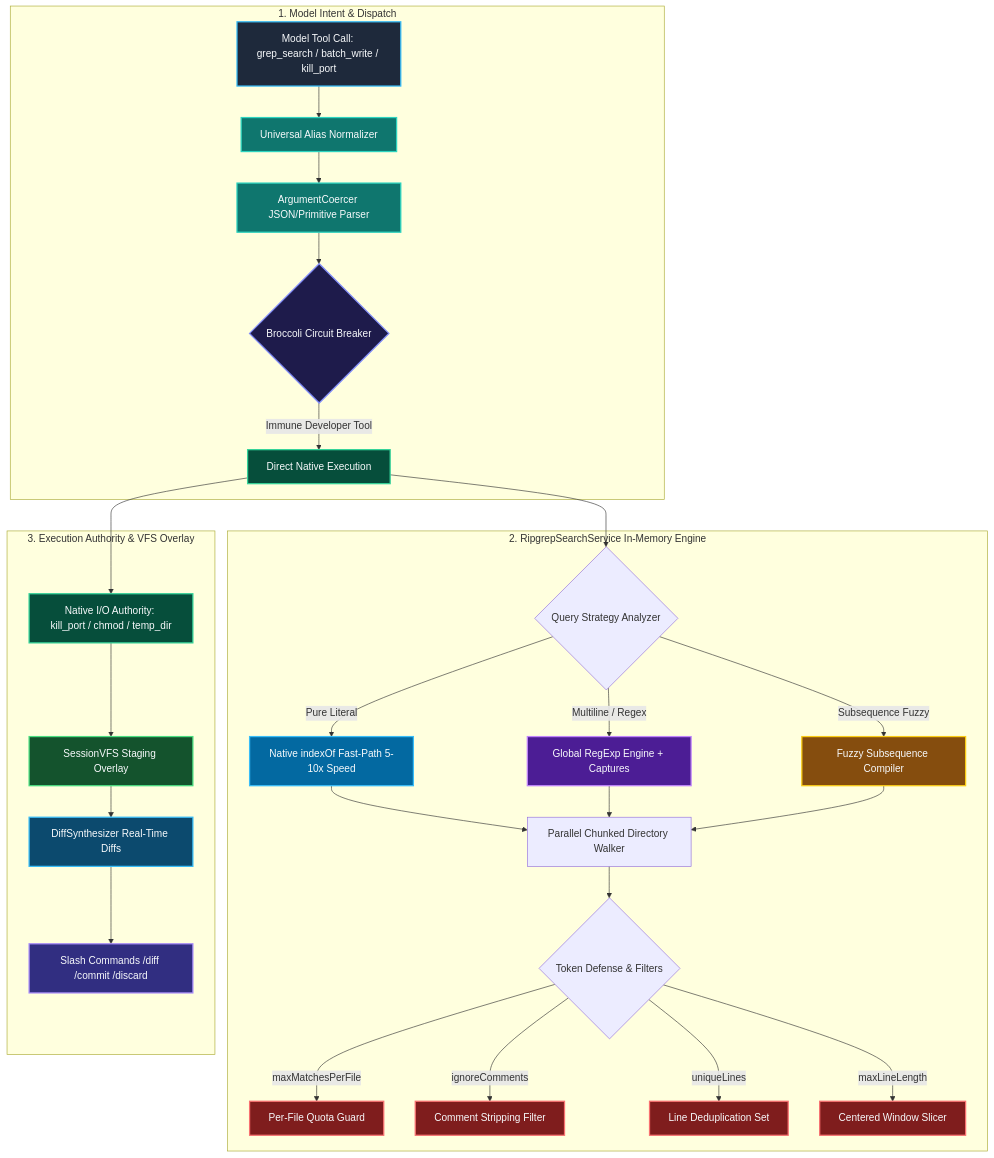
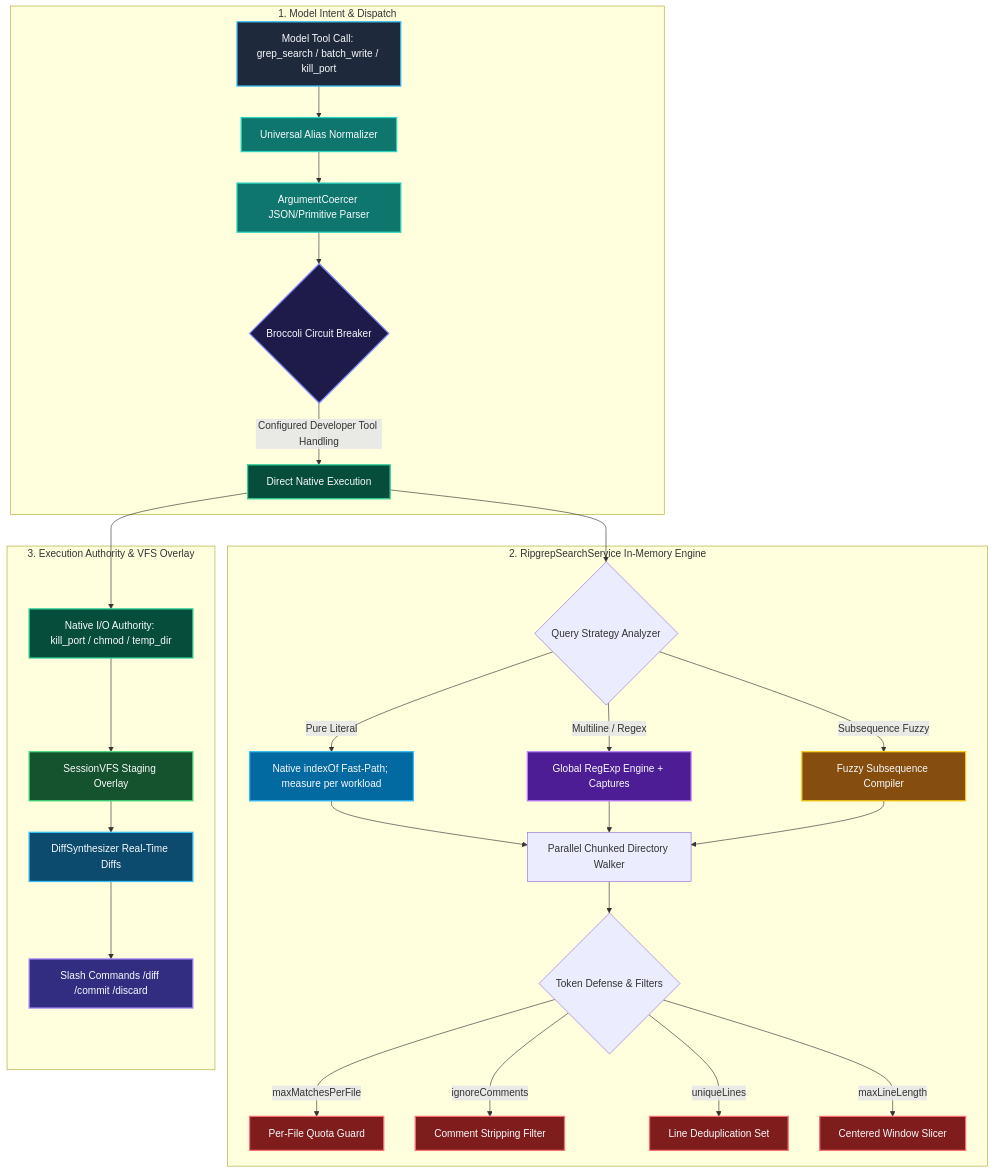
Before and after one commit to CardSorting/HEAV3NS: the fourth of 7 diagrams in docs/ARCHITECTURE_DIAGRAMS.md, drawn with Mermaid. The commit also changed other lines of this file and 474 other files, not shown here.

````diff
--- a/docs/ARCHITECTURE_DIAGRAMS.md
+++ b/docs/ARCHITECTURE_DIAGRAMS.md
@@ -202,47 +202,47 @@
 ```mermaid
 graph TD
     subgraph "1. Model Intent & Dispatch"
         A[Model Tool Call: grep_search / batch_write / kill_port] --> B[Universal Alias Normalizer]
         B --> C[ArgumentCoercer JSON/Primitive Parser]
         C --> D{Broccoli Circuit Breaker}
-        D -->|Immune Developer Tool| E[Direct Native Execution]
+        D -->|Configured Developer Tool Handling| E[Direct Native Execution]
     end
 
     subgraph "2. RipgrepSearchService In-Memory Engine"
         E --> F{Query Strategy Analyzer}
-        F -->|Pure Literal| G[Native indexOf Fast-Path 5-10x Speed]
+        F -->|Pure Literal| G[Native indexOf Fast-Path; measure per workload]
         F -->|Multiline / Regex| H[Global RegExp Engine + Captures]
         F -->|Subsequence Fuzzy| I[Fuzzy Subsequence Compiler]
         
         G & H & I --> J[Parallel Chunked Directory Walker]
         J --> K{Token Defense & Filters}
         K -->|maxMatchesPerFile| L[Per-File Quota Guard]
         K -->|ignoreComments| M[Comment Stripping Filter]
         K -->|uniqueLines| N[Line Deduplication Set]
         K -->|maxLineLength| O[Centered Window Slicer]
     end
 
     subgraph "3. Execution Authority & VFS Overlay"
         E --> P[Native I/O Authority: kill_port / chmod / temp_dir]
         P --> Q[SessionVFS Staging Overlay]
         Q --> R[DiffSynthesizer Real-Time Diffs]
         R --> S[Slash Commands /diff /commit /discard]
     end
 
     style A fill:#1e293b,stroke:#38bdf8,stroke-width:2px,color:#f8fafc
     style B fill:#0f766e,stroke:#2dd4bf,stroke-width:2px,color:#f8fafc
     style C fill:#0f766e,stroke:#2dd4bf,stroke-width:2px,color:#f8fafc
     style D fill:#1e1b4b,stroke:#818cf8,stroke-width:2px,color:#f8fafc
     style E fill:#064e3b,stroke:#34d399,stroke-width:2px,color:#f8fafc
     style G fill:#0369a1,stroke:#38bdf8,stroke-width:2px,color:#f8fafc
     style H fill:#4c1d95,stroke:#c084fc,stroke-width:2px,color:#f8fafc
     style I fill:#854d0e,stroke:#facc15,stroke-width:2px,color:#f8fafc
     style L fill:#7f1d1d,stroke:#f87171,stroke-width:2px,color:#f8fafc
     style M fill:#7f1d1d,stroke:#f87171,stroke-width:2px,color:#f8fafc
     style N fill:#7f1d1d,stroke:#f87171,stroke-width:2px,color:#f8fafc
     style O fill:#7f1d1d,stroke:#f87171,stroke-width:2px,color:#f8fafc
     style P fill:#064e3b,stroke:#34d399,stroke-width:2px,color:#f8fafc
     style Q fill:#14532d,stroke:#4ade80,stroke-width:2px,color:#f8fafc
     style R fill:#0c4a6e,stroke:#38bdf8,stroke-width:2px,color:#f8fafc
     style S fill:#312e81,stroke:#a78bfa,stroke-width:2px,color:#f8fafc
 ```
````
